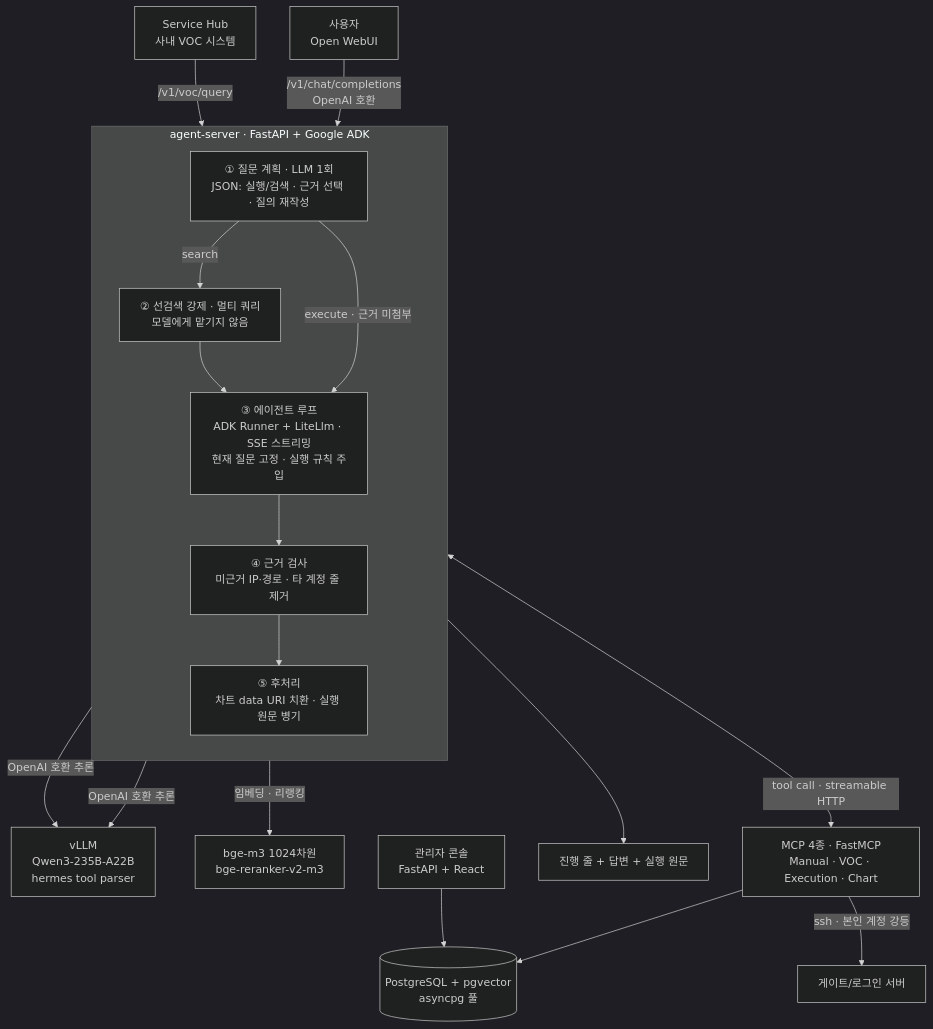
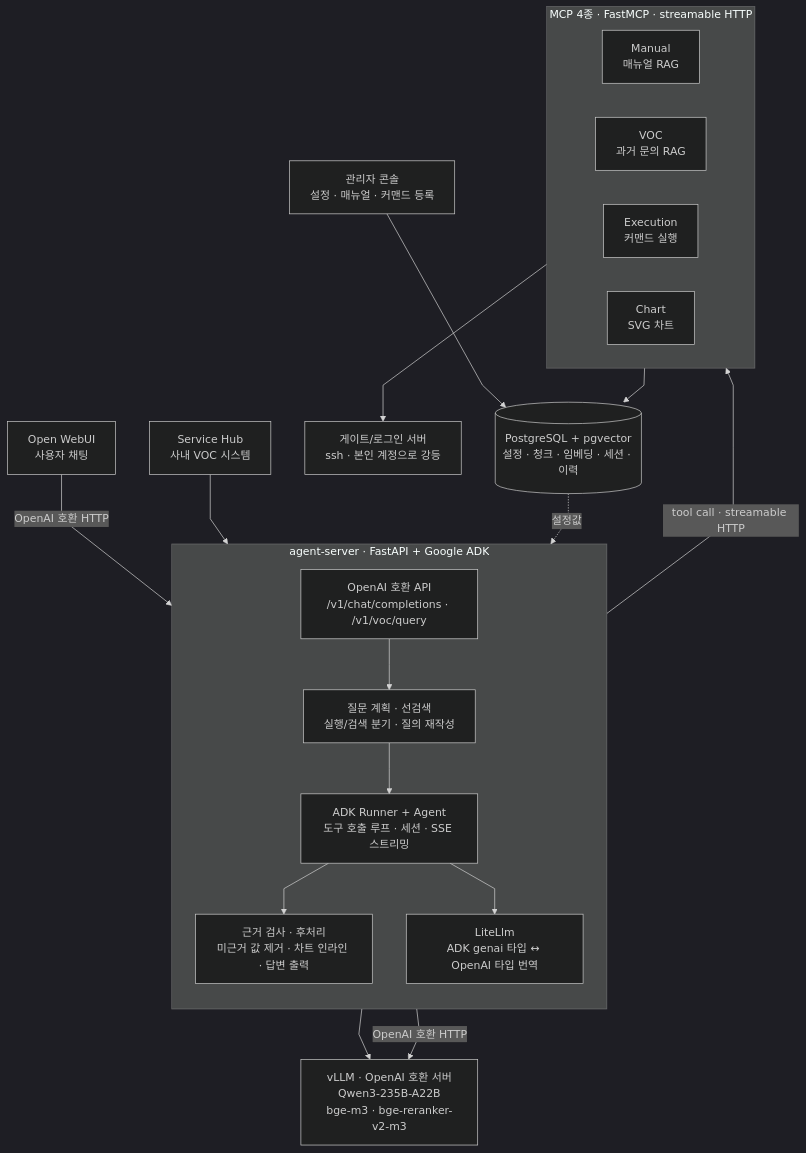
One commit to ssyrc/AI-Infra-Assistant-pub changed the first of 3 diagrams in README.md. Above: the diagram before and after it, drawn with Mermaid (dark theme). The commit also changed other lines of this file, not shown here.

Commit message:
README 1절을 다시 짠다 - ADK/LiteLLM 역할 분리와 직선 다이어그램
- 전체 구조 다이어그램을 처음부터 다시 그렸다. curve linear 로 곡선 없이 직선만 쓴다.
- Open WebUI/Service Hub 요청이 agent-server 로 들어오고, ADK Agent 가 MCP 4종에
  streamable HTTP 로 직접 붙고, LiteLlm 은 Agent 와 vLLM 사이에만 있는 것을 명시했다.
- 'vLLM 에 그냥 붙이면 안 되나' 절 추가 - ADK 에 OpenAI 호환 클라이언트가 없고
  (Gemini/Gemma/ApigeeLlm/Claude 뿐) genai 타입과 OpenAI 타입의 양방향 번역이
  필요하다는 것이 LiteLlm 을 쓰는 이유다.
- 관리자 콘솔이 요청 경로가 아니라 설정 공급자임을 그림과 문장으로 분리했다.

````diff
--- a/README.md
+++ b/README.md
@@ -11,26 +11,40 @@
 ```mermaid
+%%{init: {'flowchart': {'curve': 'linear'}}}%%
 flowchart TB
-    U["사용자<br/>Open WebUI"] -->|"/v1/chat/completions<br/>OpenAI 호환"| S1
-    SH["Service Hub<br/>사내 VOC 시스템"] -->|"/v1/voc/query"| S1
+    OW["Open WebUI<br/>사용자 채팅"]
+    SH["Service Hub<br/>사내 VOC 시스템"]
 
     subgraph AG["agent-server · FastAPI + Google ADK"]
         direction TB
-        S1["① 질문 계획 · LLM 1회<br/>JSON: 실행/검색 · 근거 선택 · 질의 재작성"]
-        S2["② 선검색 강제 · 멀티 쿼리<br/>모델에게 맡기지 않음"]
-        S3["③ 에이전트 루프<br/>ADK Runner + LiteLlm · SSE 스트리밍<br/>현재 질문 고정 · 실행 규칙 주입"]
-        S4["④ 근거 검사<br/>미근거 IP·경로 · 타 계정 줄 제거"]
-        S5["⑤ 후처리<br/>차트 data URI 치환 · 실행 원문 병기"]
-        S1 -->|"search"| S2 --> S3
-        S1 -->|"execute · 근거 미첨부"| S3
-        S3 --> S4 --> S5
+        API["OpenAI 호환 API<br/>/v1/chat/completions · /v1/voc/query"]
+        PRE["질문 계획 · 선검색<br/>실행/검색 분기 · 질의 재작성"]
+        RUN["ADK Runner + Agent<br/>도구 호출 루프 · 세션 · SSE 스트리밍"]
+        LL["LiteLlm<br/>ADK genai 타입 ↔ OpenAI 타입 번역"]
+        POST["근거 검사 · 후처리<br/>미근거 값 제거 · 차트 인라인 · 답변 출력"]
+        API --> PRE --> RUN --> POST
+        RUN --> LL
     end
 
-    S1 & S3 -->|"OpenAI 호환 추론"| LLM["vLLM<br/>Qwen3-235B-A22B<br/>hermes tool parser"]
-    S2 -->|"임베딩 · 리랭킹"| EMB["bge-m3 1024차원<br/>bge-reranker-v2-m3"]
-    S3 <-->|"tool call · streamable HTTP"| MCPS["MCP 4종 · FastMCP<br/>Manual · VOC · Execution · Chart"]
-    MCPS --> PG[("PostgreSQL + pgvector<br/>asyncpg 풀")]
-    MCPS -->|"ssh · 본인 계정 강등"| HOST["게이트/로그인 서버"]
-    S5 --> OUT["진행 줄 + 답변 + 실행 원문"]
+    subgraph MCPS["MCP 4종 · FastMCP · streamable HTTP"]
+        direction LR
+        M1["Manual<br/>매뉴얼 RAG"]
+        M2["VOC<br/>과거 문의 RAG"]
+        M3["Execution<br/>커맨드 실행"]
+        M4["Chart<br/>SVG 차트"]
+    end
 
-    CON["관리자 콘솔<br/>FastAPI + React"] --> PG
+    VLLM["vLLM · OpenAI 호환 서버<br/>Qwen3-235B-A22B<br/>bge-m3 · bge-reranker-v2-m3"]
+    HOST["게이트/로그인 서버<br/>ssh · 본인 계정으로 강등"]
+    PG[("PostgreSQL + pgvector<br/>설정 · 청크 · 임베딩 · 세션 · 이력")]
+    CON["관리자 콘솔<br/>설정 · 매뉴얼 · 커맨드 등록"]
+
+    OW -->|"OpenAI 호환 HTTP"| API
+    SH --> API
+    PRE --> VLLM
+    LL -->|"OpenAI 호환 HTTP"| VLLM
+    RUN -->|"tool call · streamable HTTP"| MCPS
+    MCPS --> PG
+    M3 --> HOST
+    CON --> PG
+    PG -.->|"설정값"| AG
 ```
````
